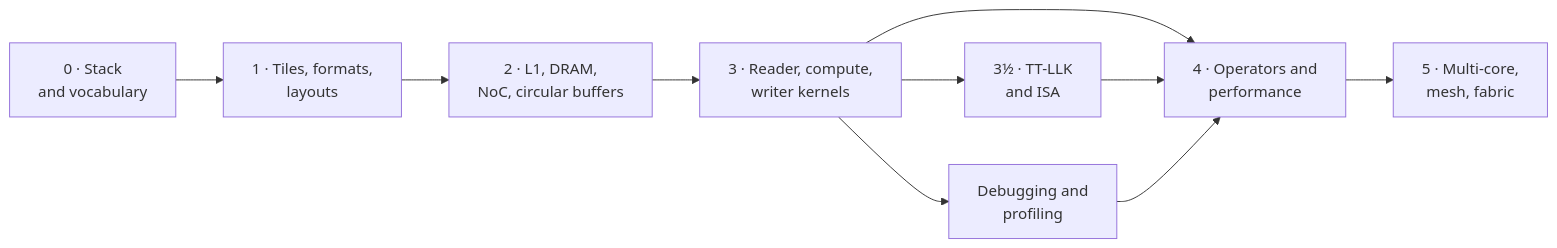
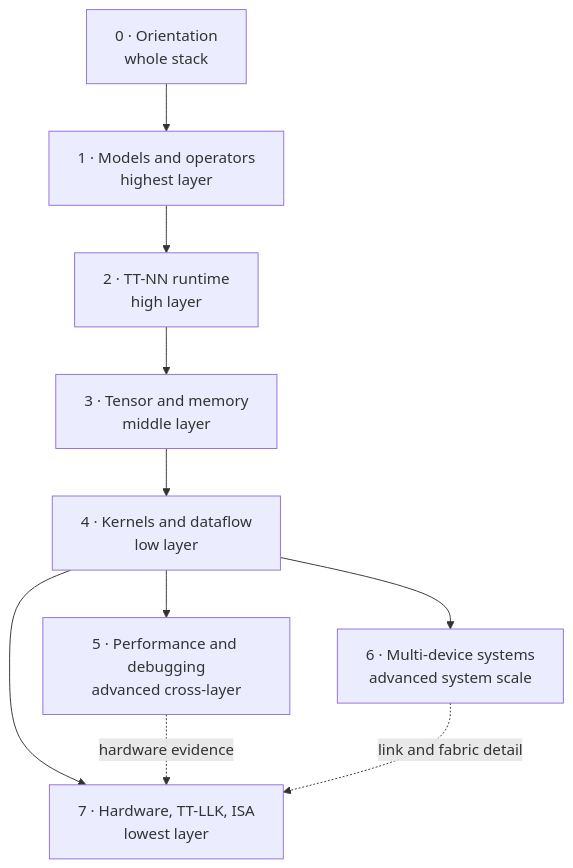
The diagram in diagram_sources/learning-path.mmd (buicongnguyen/tenstorrent_work), drawn with Mermaid before and after one commit. The commit also changed 9 other files, not shown here.

```diff
--- a/diagram_sources/learning-path.mmd
+++ b/diagram_sources/learning-path.mmd
@@ -1,10 +1,10 @@
-flowchart LR
-    S0["0 · Stack<br/>and vocabulary"] --> S1["1 · Tiles, formats,<br/>layouts"]
-    S1 --> S2["2 · L1, DRAM,<br/>NoC, circular buffers"]
-    S2 --> S3["3 · Reader, compute,<br/>writer kernels"]
-    S3 --> S4["4 · Operators and<br/>performance"]
-    S3 --> S35["3½ · TT-LLK<br/>and ISA"]
-    S35 --> S4
-    S4 --> S5["5 · Multi-core,<br/>mesh, fabric"]
-    S3 --> S6["Debugging and<br/>profiling"]
-    S6 --> S4
+flowchart TB
+    L0["0 · Orientation<br/>whole stack"] --> L1["1 · Models and operators<br/>highest layer"]
+    L1 --> L2["2 · TT-NN runtime<br/>high layer"]
+    L2 --> L3["3 · Tensor and memory<br/>middle layer"]
+    L3 --> L4["4 · Kernels and dataflow<br/>low layer"]
+    L4 --> L7["7 · Hardware, TT-LLK, ISA<br/>lowest layer"]
+    L4 --> L5["5 · Performance and debugging<br/>advanced cross-layer"]
+    L4 --> L6["6 · Multi-device systems<br/>advanced system scale"]
+    L5 -. "hardware evidence" .-> L7
+    L6 -. "link and fabric detail" .-> L7
```
